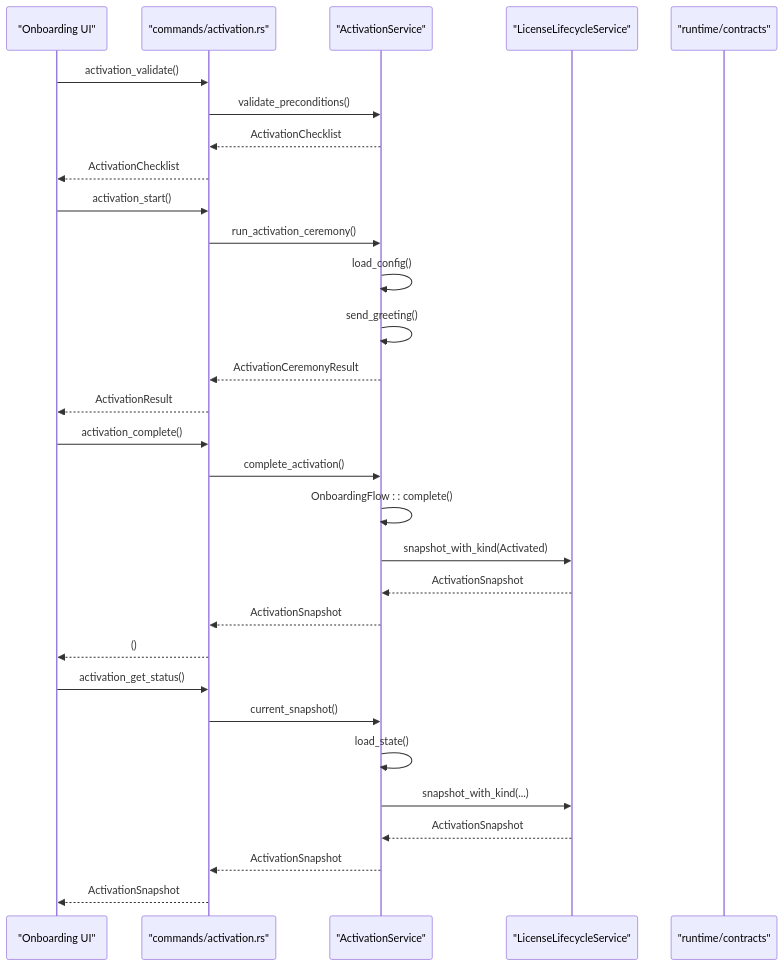
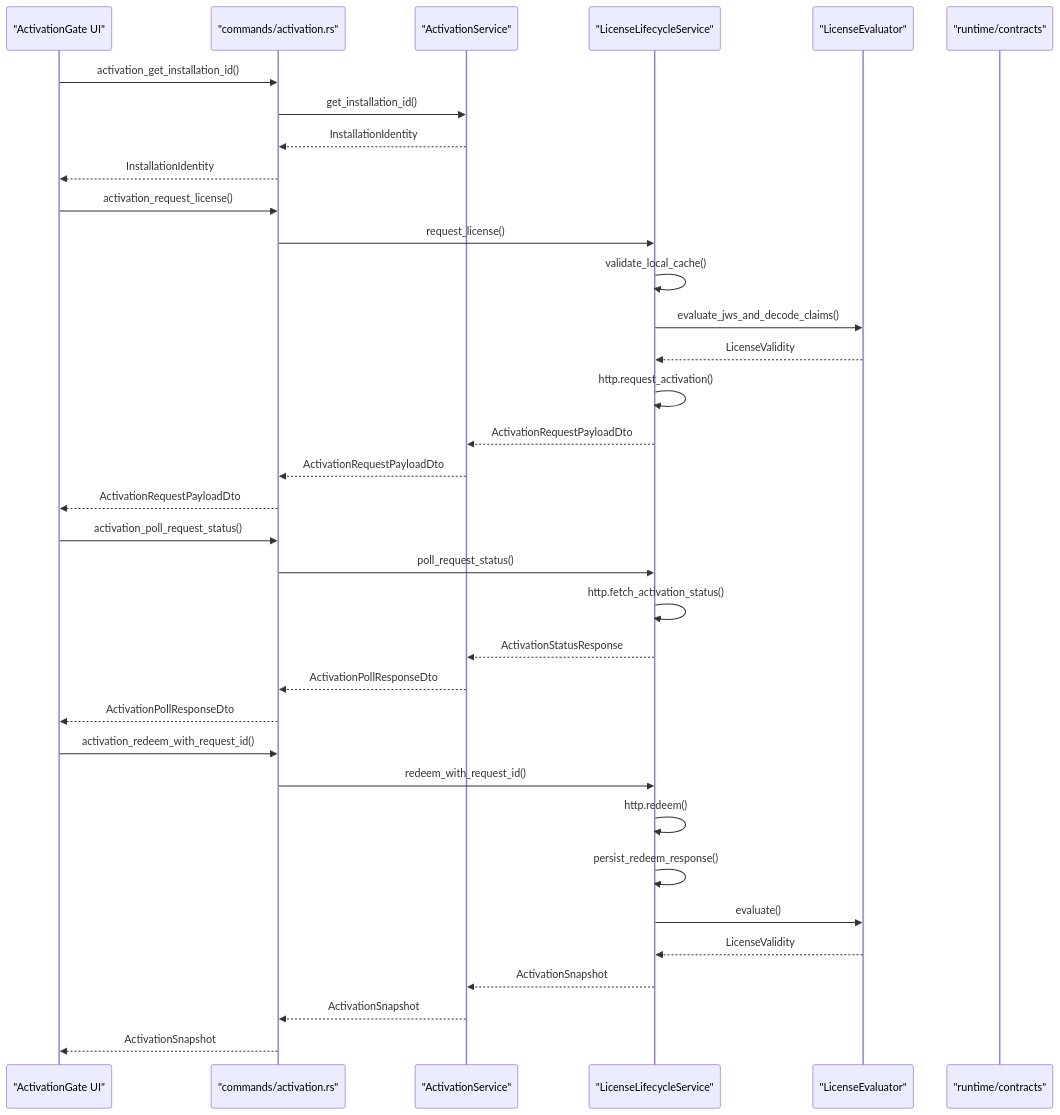
The second of 6 diagrams in .qoder/repowiki/en/content/Backend System (Rust)/Module Architecture & Design/Application Layer/Activation Service.md (novolei/if2Ai), drawn with Mermaid before and after one commit. The commit also changed other lines of this file and 32 other files, not shown here.

````diff
--- a/.qoder/repowiki/en/content/Backend System (Rust)/Module Architecture & Design/Application Layer/Activation Service.md
+++ b/.qoder/repowiki/en/content/Backend System (Rust)/Module Architecture & Design/Application Layer/Activation Service.md
@@ -96,32 +130,37 @@
 ```mermaid
 sequenceDiagram
-participant UI as "Onboarding UI"
+participant UI as "ActivationGate UI"
 participant IPC as "commands/activation.rs"
 participant AS as "ActivationService"
 participant LS as "LicenseLifecycleService"
+participant LE as "LicenseEvaluator"
 participant RC as "runtime/contracts"
-UI->>IPC : activation_validate()
-IPC->>AS : validate_preconditions()
-AS-->>IPC : ActivationChecklist
-IPC-->>UI : ActivationChecklist
-UI->>IPC : activation_start()
-IPC->>AS : run_activation_ceremony()
-AS->>AS : load_config()
-AS->>AS : send_greeting()
-AS-->>IPC : ActivationCeremonyResult
-IPC-->>UI : ActivationResult
-UI->>IPC : activation_complete()
-IPC->>AS : complete_activation()
-AS->>AS : OnboardingFlow : : complete()
-AS->>LS : snapshot_with_kind(Activated)
-LS-->>AS : ActivationSnapshot
-AS-->>IPC : ActivationSnapshot
-IPC-->>UI : ()
-UI->>IPC : activation_get_status()
-IPC->>AS : current_snapshot()
-AS->>AS : load_state()
-AS->>LS : snapshot_with_kind(...)
+UI->>IPC : activation_get_installation_id()
+IPC->>AS : get_installation_id()
+AS-->>IPC : InstallationIdentity
+IPC-->>UI : InstallationIdentity
+UI->>IPC : activation_request_license()
+IPC->>LS : request_license()
+LS->>LS : validate_local_cache()
+LS->>LE : evaluate_jws_and_decode_claims()
+LE-->>LS : LicenseValidity
+LS->>LS : http.request_activation()
+LS-->>AS : ActivationRequestPayloadDto
+AS-->>IPC : ActivationRequestPayloadDto
+IPC-->>UI : ActivationRequestPayloadDto
+UI->>IPC : activation_poll_request_status()
+IPC->>LS : poll_request_status()
+LS->>LS : http.fetch_activation_status()
+LS-->>AS : ActivationStatusResponse
+AS-->>IPC : ActivationPollResponseDto
+IPC-->>UI : ActivationPollResponseDto
+UI->>IPC : activation_redeem_with_request_id()
+IPC->>LS : redeem_with_request_id()
+LS->>LS : http.redeem()
+LS->>LS : persist_redeem_response()
+LS->>LE : evaluate()
+LE-->>LS : LicenseValidity
 LS-->>AS : ActivationSnapshot
 AS-->>IPC : ActivationSnapshot
 IPC-->>UI : ActivationSnapshot
 ```
````
